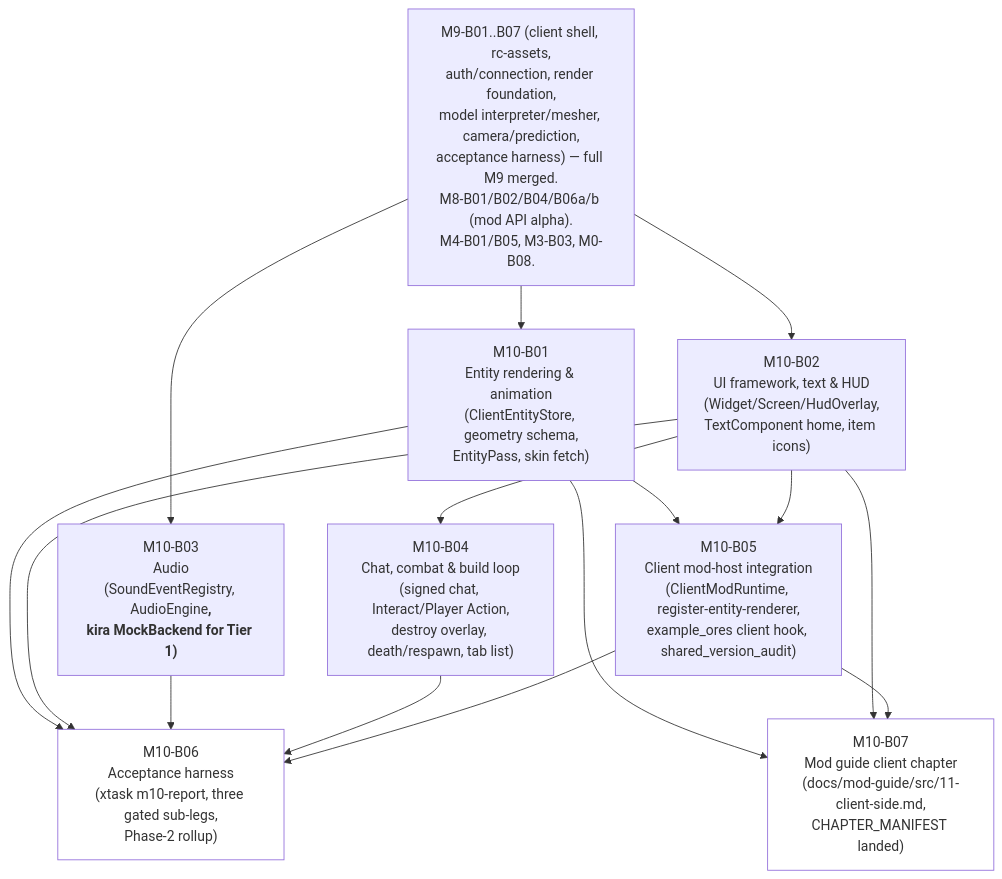
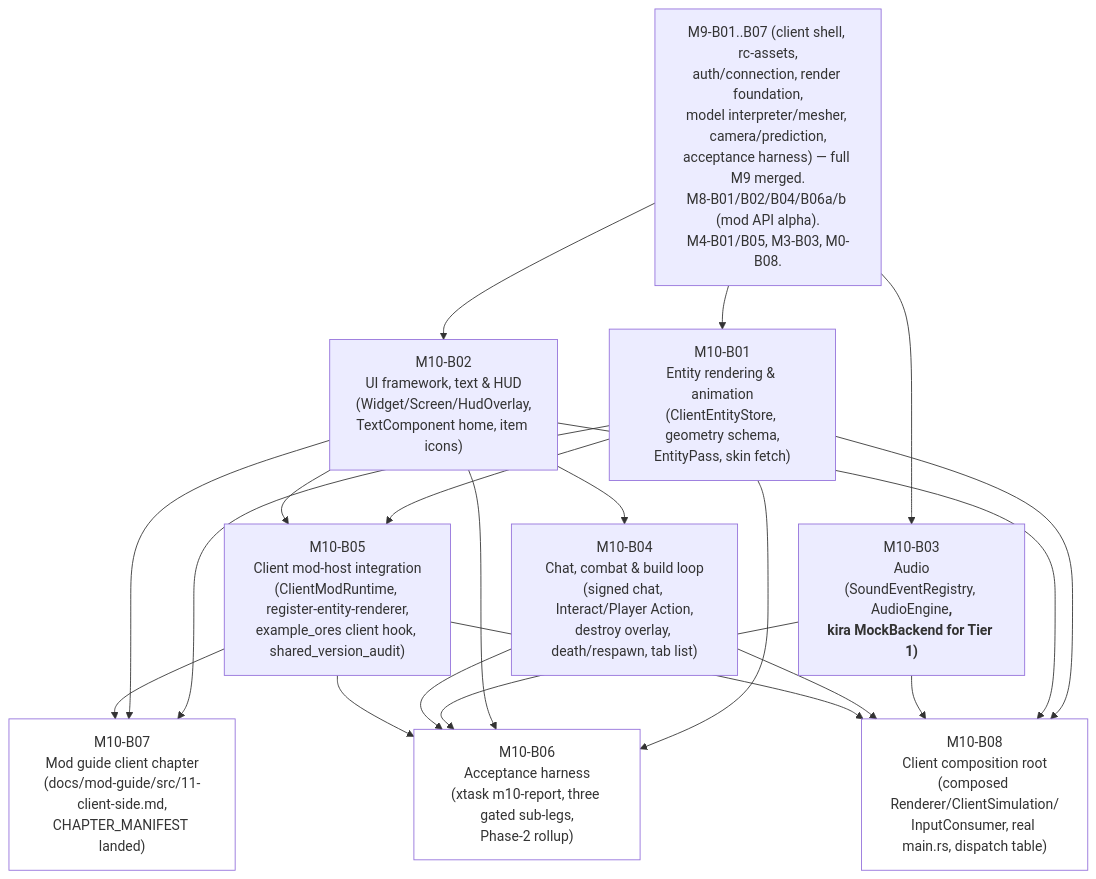
The diagram in blueprints/M10/M10-B00-index.md (FynnAI/rusty-clanker), drawn with Mermaid before and after one commit. The commit also changed other lines of this file and 9 other files, not shown here.

````diff
--- a/blueprints/M10/M10-B00-index.md
+++ b/blueprints/M10/M10-B00-index.md
@@ -37,30 +45,37 @@
 ```mermaid
 flowchart TD
     Prior["M9-B01..B07 (client shell, rc-assets,\nauth/connection, render foundation,\nmodel interpreter/mesher, camera/prediction,\nacceptance harness) — full M9 merged.\nM8-B01/B02/B04/B06a/b (mod API alpha).\nM4-B01/B05, M3-B03, M0-B08."]
 
     B01["M10-B01\nEntity rendering & animation\n(ClientEntityStore, geometry schema,\nEntityPass, skin fetch)"]
     B02["M10-B02\nUI framework, text & HUD\n(Widget/Screen/HudOverlay,\nTextComponent home, item icons)"]
     B03["M10-B03\nAudio\n(SoundEventRegistry, AudioEngine<B>,\nkira MockBackend for Tier 1)"]
     B04["M10-B04\nChat, combat & build loop\n(signed chat, Interact/Player Action,\ndestroy overlay, death/respawn, tab list)"]
     B05["M10-B05\nClient mod-host integration\n(ClientModRuntime, register-entity-renderer,\nexample_ores client hook, shared_version_audit)"]
     B06["M10-B06\nAcceptance harness\n(xtask m10-report, three gated sub-legs,\nPhase-2 rollup)"]
     B07["M10-B07\nMod guide client chapter\n(docs/mod-guide/src/11-client-side.md,\nCHAPTER_MANIFEST landed)"]
+    B08["M10-B08\nClient composition root\n(composed Renderer/ClientSimulation/\nInputConsumer, real main.rs, dispatch table)"]
 
     Prior --> B01
     Prior --> B02
     Prior --> B03
     B02 --> B04
     B01 --> B05
     B02 --> B05
     B01 --> B06
     B02 --> B06
     B03 --> B06
     B04 --> B06
     B05 --> B06
     B01 --> B07
     B02 --> B07
     B05 --> B07
+    B01 --> B08
+    B02 --> B08
+    B03 --> B08
+    B04 --> B08
+    B05 --> B08
 
     style B06 fill:transparent
     style B07 fill:transparent
+    style B08 fill:transparent
 ```
````
